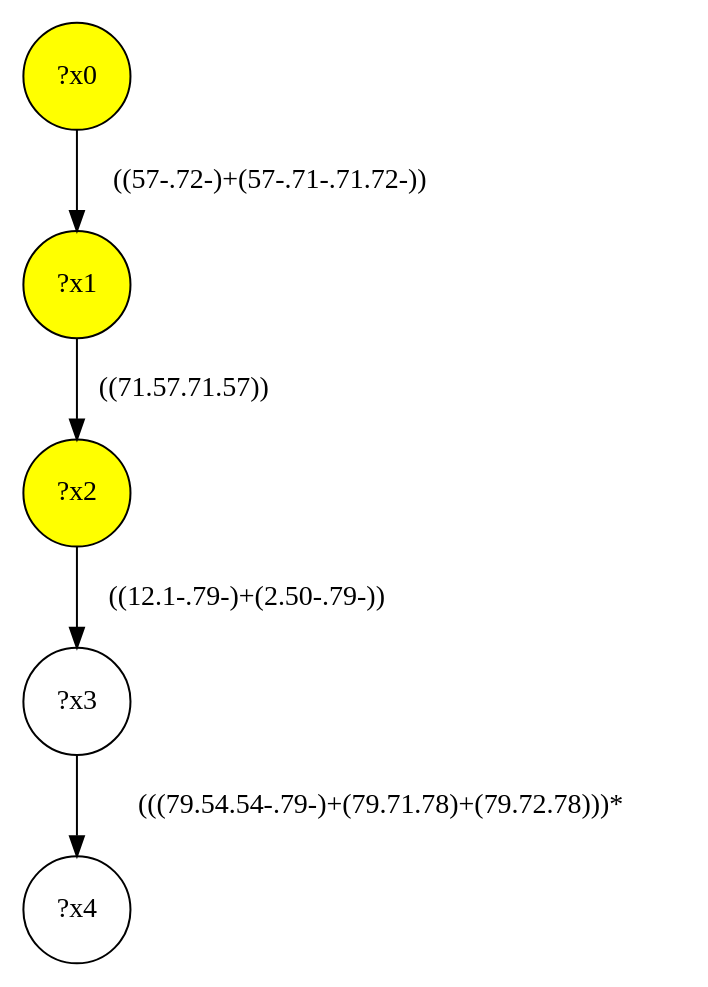
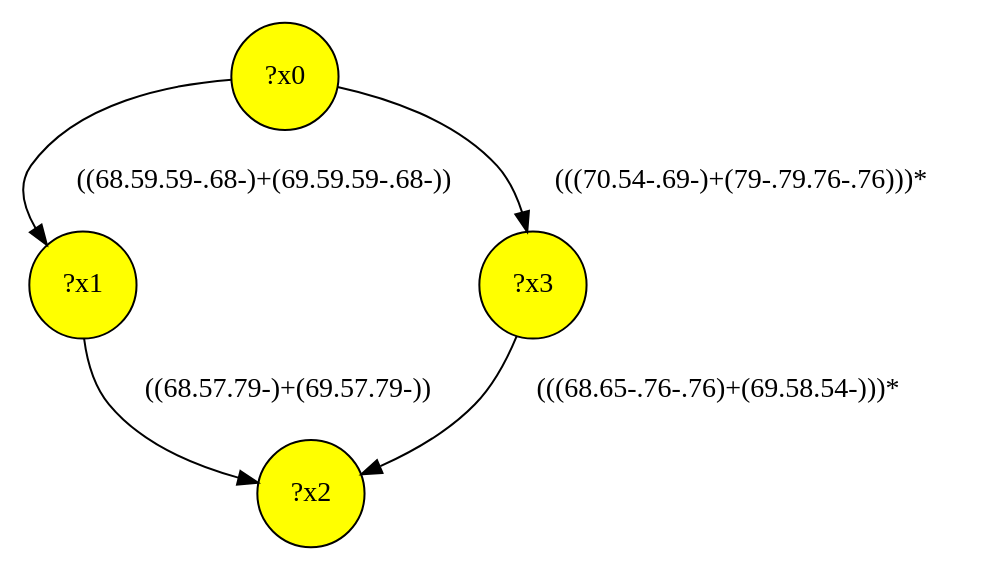
One commit to MathieuGicquel/federated-benchmark changed the diagram in lib/gmark/demo/shop/shop-interface/query-7.dot. Above: the diagram before and after it, drawn with Graphviz. The commit also changed 354 other files, not shown here.

```diff
--- a/lib/gmark/demo/shop/shop-interface/query-7.dot
+++ b/lib/gmark/demo/shop/shop-interface/query-7.dot
@@ -1,11 +1,10 @@
 digraph g {
+	x1 [fillcolor="yellow", style="filled," shape=circle, label="?x1"];
+	x2 [fillcolor="yellow", style="filled," shape=circle, label="?x2"];
 	x0 [fillcolor="yellow", style="filled," shape=circle, label="?x0"];
-	x2 [fillcolor="yellow", style="filled," shape=circle, label="?x2"];
-	x1 [fillcolor="yellow", style="filled," shape=circle, label="?x1"];
-	x0 -> x1 [label="((57-.72-)+(57-.71-.71.72-))"];
-	x1 -> x2 [label="((71.57.71.57))"];
-	x3 [shape=circle, label="?x3"];
-	x2 -> x3 [label="((12.1-.79-)+(2.50-.79-))"];
-	x4 [shape=circle, label="?x4"];
-	x3 -> x4 [label="(((79.54.54-.79-)+(79.71.78)+(79.72.78)))*"];
+	x3 [fillcolor="yellow", style="filled," shape=circle, label="?x3"];
+	x0 -> x1 [label="((68.59.59-.68-)+(69.59.59-.68-))"];
+	x1 -> x2 [label="((68.57.79-)+(69.57.79-))"];
+	x0 -> x3 [label="(((70.54-.69-)+(79-.79.76-.76)))*"];
+	x3 -> x2 [label="(((68.65-.76-.76)+(69.58.54-)))*"];
 }
```
